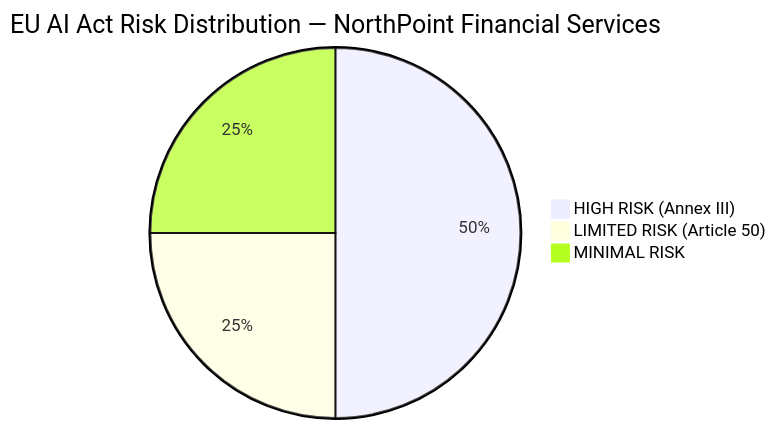
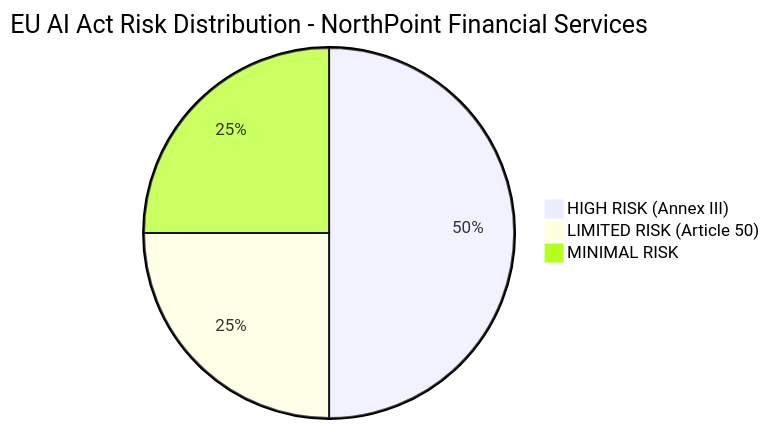
The second of 3 diagrams in README.md (franciscovfonseca/AI-System-Inventory), drawn with Mermaid before and after one commit. The commit also changed other lines of this file, not shown here.

````diff
--- a/README.md
+++ b/README.md
@@ -99,6 +99,6 @@
 ```mermaid
-pie title EU AI Act Risk Distribution — NorthPoint Financial Services
+pie title EU AI Act Risk Distribution - NorthPoint Financial Services
     "HIGH RISK (Annex III)" : 2
     "LIMITED RISK (Article 50)" : 1
     "MINIMAL RISK" : 1
 ```
````
